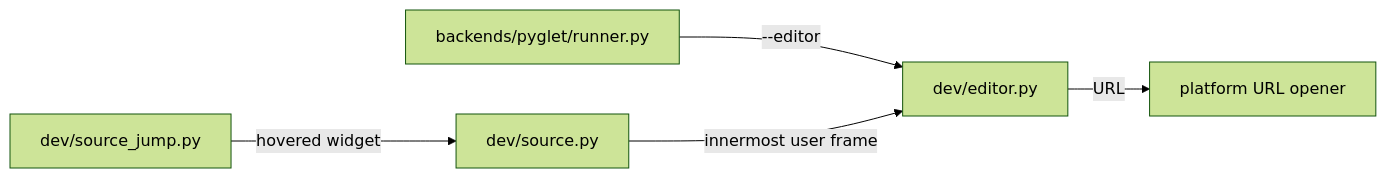
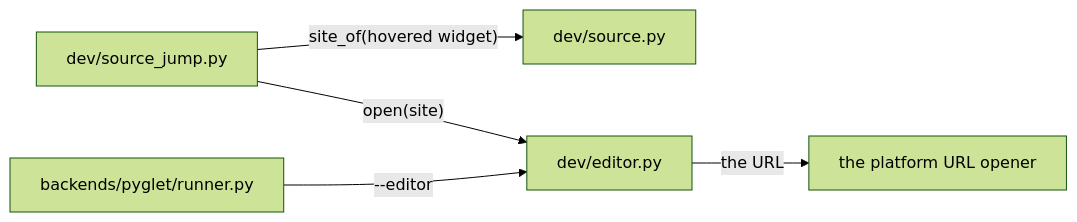
One commit to yuksblog/nuiitivet changed the second of 6 diagrams in docs/design/DEV_MODES.md. Above: the diagram before and after it, drawn with Mermaid (forest theme). The commit also changed other lines of this file and 35 other files, not shown here.

````diff
--- a/docs/design/DEV_MODES.md
+++ b/docs/design/DEV_MODES.md
@@ -80,11 +86,12 @@
 ```mermaid
 flowchart LR
     runner[backends/pyglet/runner.py]
     jump[dev/source_jump.py]
     source[dev/source.py]
     editor[dev/editor.py]
-    opener[platform URL opener]
+    opener[the platform URL opener]
 
     runner -- "--editor" --> editor
-    jump -- hovered widget --> source -- innermost user frame --> editor -- URL --> opener
+    jump -- "site_of(hovered widget)" --> source
+    jump -- "open(site)" --> editor -- "the URL" --> opener
 ```
````
